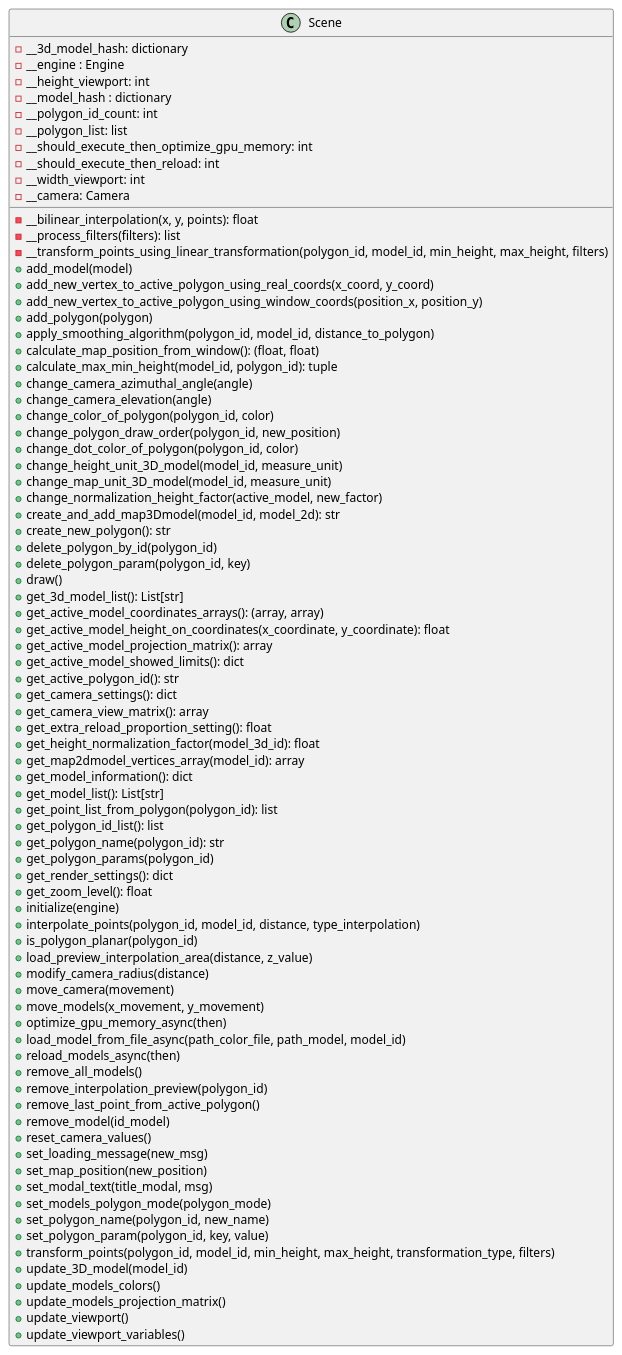
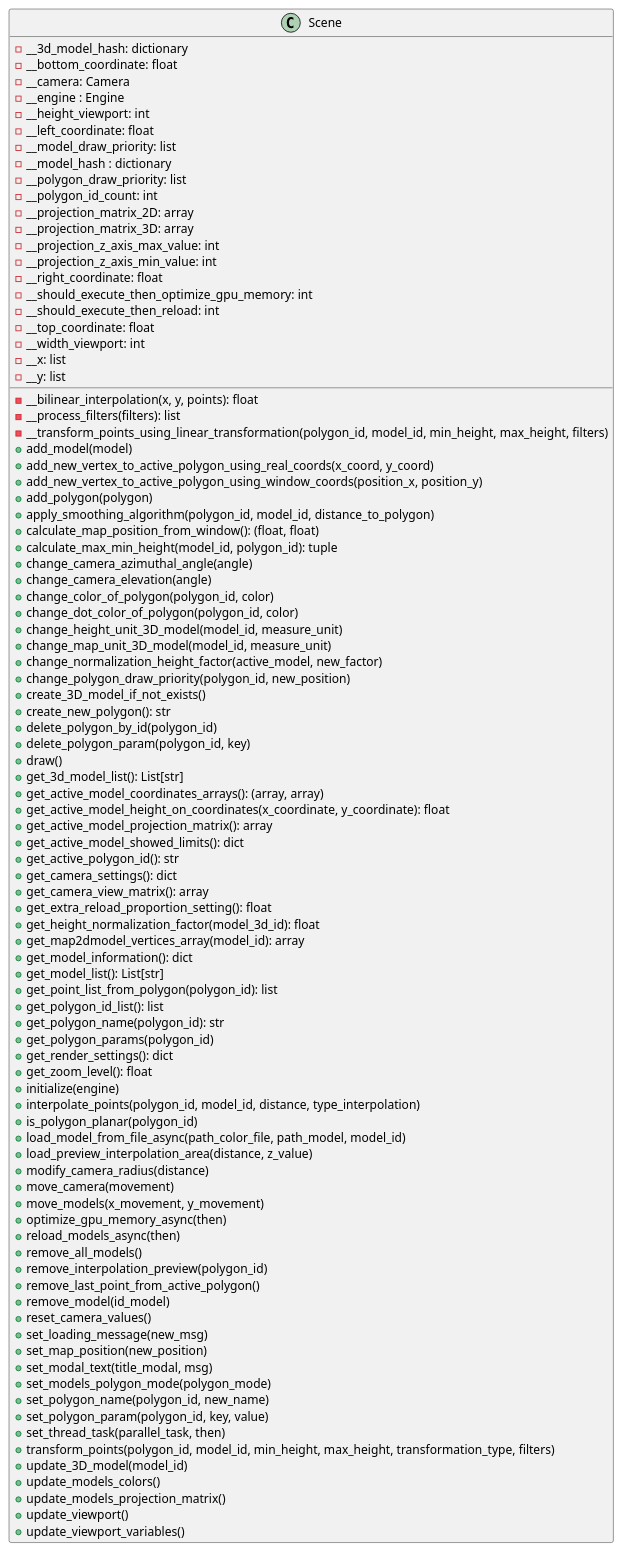
Before and after one commit to ferpoble2/Relief_Creator: the diagram in docs/classes/Scene.puml, drawn with PlantUML.

```diff
--- a/docs/classes/Scene.puml
+++ b/docs/classes/Scene.puml
@@ -1,84 +1,96 @@
 @startuml
             class Scene{
                 - __bilinear_interpolation(x, y, points): float
                 - __process_filters(filters): list
                 - __transform_points_using_linear_transformation(polygon_id, model_id, min_height, max_height, filters)
                 + add_model(model)
                 + add_new_vertex_to_active_polygon_using_real_coords(x_coord, y_coord)
                 + add_new_vertex_to_active_polygon_using_window_coords(position_x, position_y)
                 + add_polygon(polygon)
                 + apply_smoothing_algorithm(polygon_id, model_id, distance_to_polygon)
                 + calculate_map_position_from_window(): (float, float)
                 + calculate_max_min_height(model_id, polygon_id): tuple
                 + change_camera_azimuthal_angle(angle)
                 + change_camera_elevation(angle)
                 + change_color_of_polygon(polygon_id, color)
-                + change_polygon_draw_order(polygon_id, new_position)
                 + change_dot_color_of_polygon(polygon_id, color)
                 + change_height_unit_3D_model(model_id, measure_unit)
                 + change_map_unit_3D_model(model_id, measure_unit)
                 + change_normalization_height_factor(active_model, new_factor)
-                + create_and_add_map3Dmodel(model_id, model_2d): str
+                + change_polygon_draw_priority(polygon_id, new_position)
+                + create_3D_model_if_not_exists()
                 + create_new_polygon(): str
                 + delete_polygon_by_id(polygon_id)
                 + delete_polygon_param(polygon_id, key)
                 + draw()
                 + get_3d_model_list(): List[str]
                 + get_active_model_coordinates_arrays(): (array, array)
                 + get_active_model_height_on_coordinates(x_coordinate, y_coordinate): float
                 + get_active_model_projection_matrix(): array
                 + get_active_model_showed_limits(): dict
                 + get_active_polygon_id(): str
                 + get_camera_settings(): dict
                 + get_camera_view_matrix(): array
                 + get_extra_reload_proportion_setting(): float
                 + get_height_normalization_factor(model_3d_id): float
                 + get_map2dmodel_vertices_array(model_id): array
                 + get_model_information(): dict
                 + get_model_list(): List[str]
                 + get_point_list_from_polygon(polygon_id): list
                 + get_polygon_id_list(): list
                 + get_polygon_name(polygon_id): str
                 + get_polygon_params(polygon_id)
                 + get_render_settings(): dict
                 + get_zoom_level(): float
                 + initialize(engine)
                 + interpolate_points(polygon_id, model_id, distance, type_interpolation)
                 + is_polygon_planar(polygon_id)
+                + load_model_from_file_async(path_color_file, path_model, model_id)
                 + load_preview_interpolation_area(distance, z_value)
                 + modify_camera_radius(distance)
                 + move_camera(movement)
                 + move_models(x_movement, y_movement)
                 + optimize_gpu_memory_async(then)
-                + load_model_from_file_async(path_color_file, path_model, model_id)
                 + reload_models_async(then)
                 + remove_all_models()
                 + remove_interpolation_preview(polygon_id)
                 + remove_last_point_from_active_polygon()
                 + remove_model(id_model)
                 + reset_camera_values()
                 + set_loading_message(new_msg)
                 + set_map_position(new_position)
                 + set_modal_text(title_modal, msg)
                 + set_models_polygon_mode(polygon_mode)
                 + set_polygon_name(polygon_id, new_name)
                 + set_polygon_param(polygon_id, key, value)
+                + set_thread_task(parallel_task, then)
                 + transform_points(polygon_id, model_id, min_height, max_height, transformation_type, filters)
                 + update_3D_model(model_id)
                 + update_models_colors()
                 + update_models_projection_matrix()
                 + update_viewport()
                 + update_viewport_variables()
 
                 - __3d_model_hash: dictionary
+                - __bottom_coordinate: float
+                - __camera: Camera
                 - __engine : Engine
                 - __height_viewport: int
+                - __left_coordinate: float
+                - __model_draw_priority: list
                 - __model_hash : dictionary
+                - __polygon_draw_priority: list
                 - __polygon_id_count: int
-                - __polygon_list: list
+                - __projection_matrix_2D: array
+                - __projection_matrix_3D: array
+                - __projection_z_axis_max_value: int
+                - __projection_z_axis_min_value: int
+                - __right_coordinate: float
                 - __should_execute_then_optimize_gpu_memory: int
                 - __should_execute_then_reload: int
+                - __top_coordinate: float
                 - __width_viewport: int
-                - __camera: Camera
+                - __x: list
+                - __y: list
             }
 @enduml
```
